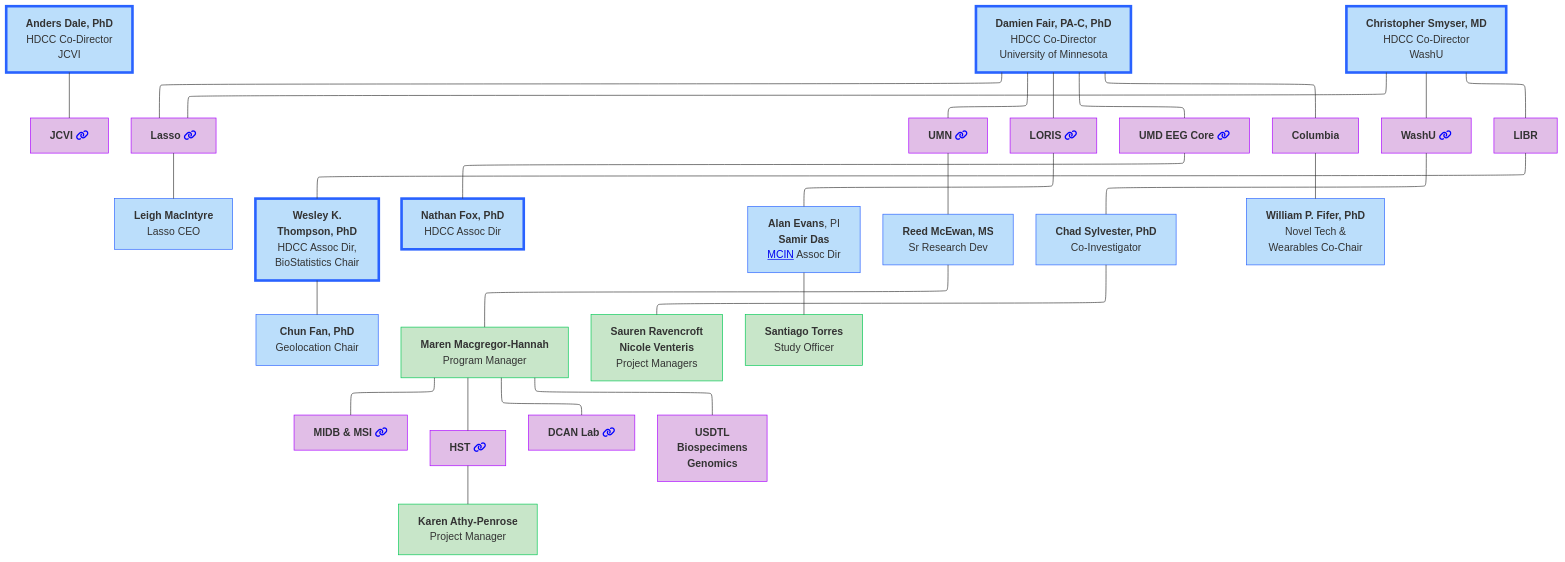
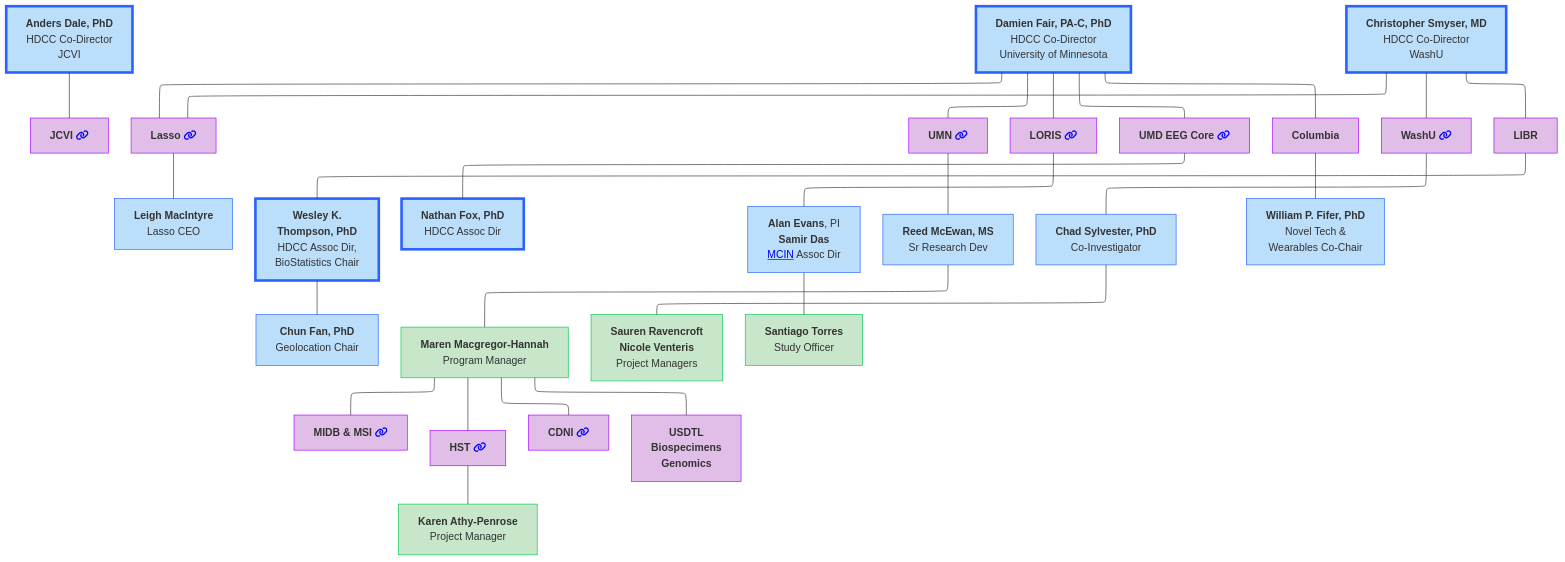
Before and after one commit to DCAN-Labs/hbcd-docs-internal: the second of 11 diagrams in docs/orgcharts.md, drawn with Mermaid. The commit also changed other lines of this file, not shown here.

Commit message:
change DCAN to CDNI

````diff
--- a/docs/orgcharts.md
+++ b/docs/orgcharts.md
@@ -74,59 +74,59 @@
 ```mermaid
 ---
 config:
   layout: elk
 ---
 flowchart TB
     n2["<b>Anders Dale, PhD<br></b>HDCC Co-Director<br>JCVI"] --- jcvi["<b>JCVI</b> <i class="fa-solid fa-link" style="color: blue;"></i>"]
     E["<b>Damien Fair, PA-C, PhD</b><br>HDCC Co-Director<br>University of Minnesota"] --- lasso["<b>Lasso</b> <i class="fa-solid fa-link" style="color: blue;"></i>"] & umn["<b>UMN</b> <i class="fa-solid fa-link" style="color: blue;"></i>"] & n7["<b>LORIS</b> <i class="fa-solid fa-link" style="color: blue;"></i>"] & n8["<b>UMD EEG Core</b> <i class="fa-solid fa-link" style="color: blue;"></i>"] & n11["<b>Columbia</b>"]
     lasso --- lasso1["<b>Leigh MacIntyre</b><br>Lasso CEO"]
     n1["<b>Christopher Smyser, MD<br></b>HDCC Co-Director<br>WashU"] --- n10["<b>WashU</b> <i class="fa-solid fa-link" style="color: blue;"></i>"] & n12["<b>LIBR</b>"] & lasso
     n16["<b>Wesley K.<br>Thompson, PhD</b><br>HDCC Assoc Dir,<br>BioStatistics Chair"] --- n17["<b>Chun Fan, PhD</b><br>Geolocation Chair"]
     n12 --- n16
     n8 --- n19["<b>Nathan Fox, PhD<br></b>HDCC Assoc Dir"]
     n7 --- n20["<b>Alan Evans</b>, PI<br><b>Samir Das</b><br><a href="https://mcin.ca/about-mcin/" target="_blank">MCIN</a> Assoc Dir"]
     umn --- reed["<b>Reed McEwan, MS</b><br>Sr Research Dev"]
     n10 --- n22["<b>Chad Sylvester, PhD</b><br>Co-Investigator"]
     n11 --- n18["<b>William P. Fifer, PhD</b><br>Novel Tech &<br>Wearables Co-Chair"]
     reed --- n30["<b>Maren Macgregor-Hannah</b><br>Program Manager"]
-    n30 --- n25["<b>MIDB &amp; MSI</b> <i class="fa-solid fa-link" style="color: blue;"></i>"] & n27["<b>HST</b> <i class="fa-solid fa-link" style="color: blue;"></i>"] & n28["<b>DCAN Lab</b> <i class="fa-solid fa-link" style="color: blue;"></i>"] & n29["<b>USDTL<br>Biospecimens<br>Genomics</b>"]
+    n30 --- n25["<b>MIDB &amp; MSI</b> <i class="fa-solid fa-link" style="color: blue;"></i>"] & n27["<b>HST</b> <i class="fa-solid fa-link" style="color: blue;"></i>"] & n28["<b>CDNI</b> <i class="fa-solid fa-link" style="color: blue;"></i>"] & n29["<b>USDTL<br>Biospecimens<br>Genomics</b>"]
     n27 --- n31["<b>Karen Athy-Penrose</b><br>Project Manager"]
     n22 --- n32["<b>Sauren Ravencroft<br>Nicole Venteris</b><br>Project Managers"]
     n20 --- n33["<b>Santiago Torres</b><br>Study Officer"]
     style n2 fill:#BBDEFB,stroke:#2962FF,stroke-width:4px
     style jcvi fill:#E1BEE7,stroke:#AA00FF
     style E fill:#BBDEFB,stroke:#2962FF,stroke-width:4px
     style lasso fill:#E1BEE7,stroke:#AA00FF
     style umn fill:#E1BEE7,stroke:#AA00FF
     style n7 fill:#E1BEE7,stroke:#AA00FF
     style n8 fill:#E1BEE7,stroke:#AA00FF
     style n11 fill:#E1BEE7,stroke:#AA00FF
     style lasso1 fill:#BBDEFB,stroke:#2962FF
     style n1 fill:#BBDEFB,stroke:#2962FF,stroke-width:4px
     style n10 fill:#E1BEE7,stroke:#AA00FF
     style n12 fill:#E1BEE7,stroke:#AA00FF
     style n16 fill:#BBDEFB,stroke:#2962FF,stroke-width:4px
     style n17 fill:#BBDEFB,stroke:#2962FF
     style n19 fill:#BBDEFB,stroke:#2962FF,stroke-width:4px
     style n20 fill:#BBDEFB,stroke:#2962FF
     style reed fill:#BBDEFB,stroke:#2962FF
     style n22 fill:#BBDEFB,stroke:#2962FF
     style n18 fill:#BBDEFB,stroke:#2962FF
     style n25 fill:#E1BEE7,stroke:#AA00FF
     style n27 fill:#E1BEE7,stroke:#AA00FF
     style n28 fill:#E1BEE7,stroke:#AA00FF
     style n29 fill:#E1BEE7,stroke:#AA00FF
     style n30 fill:#C8E6C9,stroke:#00C853
     style n31 fill:#C8E6C9,stroke:#00C853
     style n32 fill:#C8E6C9,stroke:#00C853
     style n33 fill:#C8E6C9,stroke:#00C853
     click jcvi "#j-craig-venter-institute"
     click lasso "#lasso"
     click umn "#university-of-minnesota"
     click n7 "#loris"
     click n8 "#university-of-maryland-eeg-core"
     click n10 "#washu"
     click n25 "#midb-informatics-hub-msi"
     click n27 "#health-sciences-technology"
-    click n28 "#dcan-lab"
+    click n28 "#center-for-developmental-neuroimaging"
 ```
````
